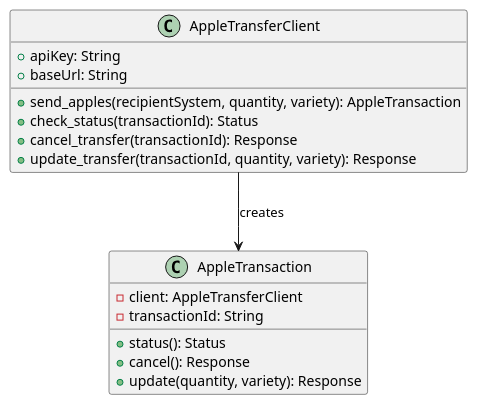
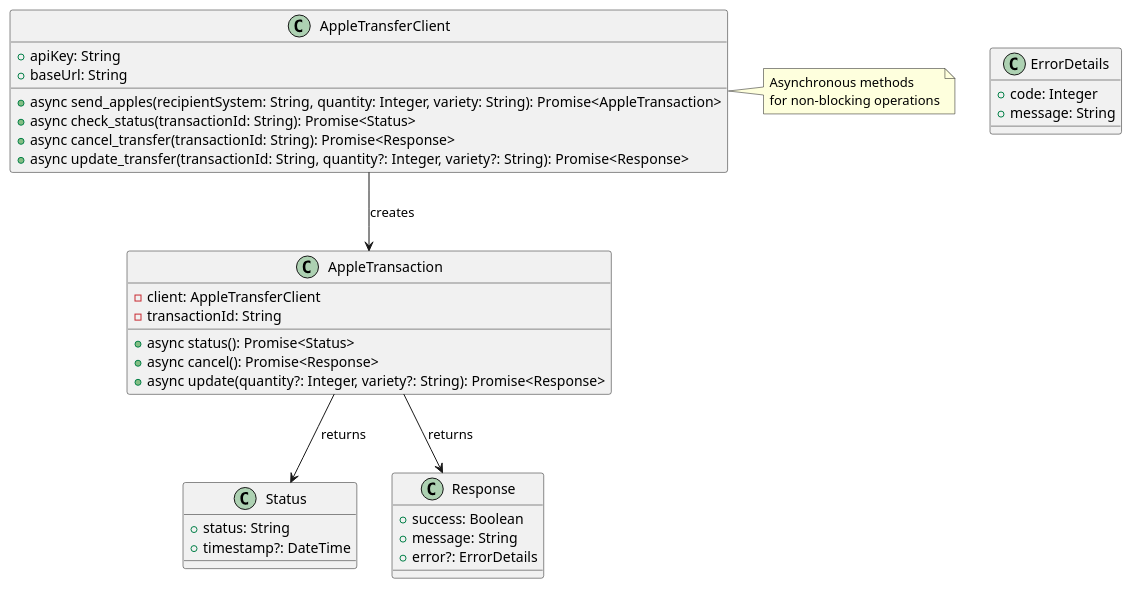
One commit to antontuhai/tech-write-anthology changed the diagram in docs/modules/architecture/partials/apple-transfer-class.puml. Above: the diagram before and after it, drawn with PlantUML. The commit also changed 11 other files, not shown here.

Commit message:
Updated SDK, APIs and puml diagrams

```diff
--- a/docs/modules/architecture/partials/apple-transfer-class.puml
+++ b/docs/modules/architecture/partials/apple-transfer-class.puml
@@ -1,22 +1,43 @@
-@startuml AppleTransfer SDK Class Diagram
+@startuml AppleTransfer SDK class diagram
 
 class AppleTransferClient {
     +apiKey: String
     +baseUrl: String
-    +send_apples(recipientSystem, quantity, variety): AppleTransaction
-    +check_status(transactionId): Status
-    +cancel_transfer(transactionId): Response
-    +update_transfer(transactionId, quantity, variety): Response
+    +async send_apples(recipientSystem: String, quantity: Integer, variety: String): Promise<AppleTransaction>
+    +async check_status(transactionId: String): Promise<Status>
+    +async cancel_transfer(transactionId: String): Promise<Response>
+    +async update_transfer(transactionId: String, quantity?: Integer, variety?: String): Promise<Response>
 }
 
 class AppleTransaction {
     -client: AppleTransferClient
     -transactionId: String
-    +status(): Status
-    +cancel(): Response
-    +update(quantity, variety): Response
+    +async status(): Promise<Status>
+    +async cancel(): Promise<Response>
+    +async update(quantity?: Integer, variety?: String): Promise<Response>
 }
 
 AppleTransferClient --> AppleTransaction : creates
 
+note right of AppleTransferClient : Asynchronous methods\nfor non-blocking operations
+
+class Status {
+    +status: String
+    +timestamp?: DateTime
+}
+
+class Response {
+    +success: Boolean
+    +message: String
+    +error?: ErrorDetails
+}
+
+class ErrorDetails {
+    +code: Integer
+    +message: String
+}
+
+AppleTransaction --> Status : returns
+AppleTransaction --> Response : returns
+
 @enduml
```
